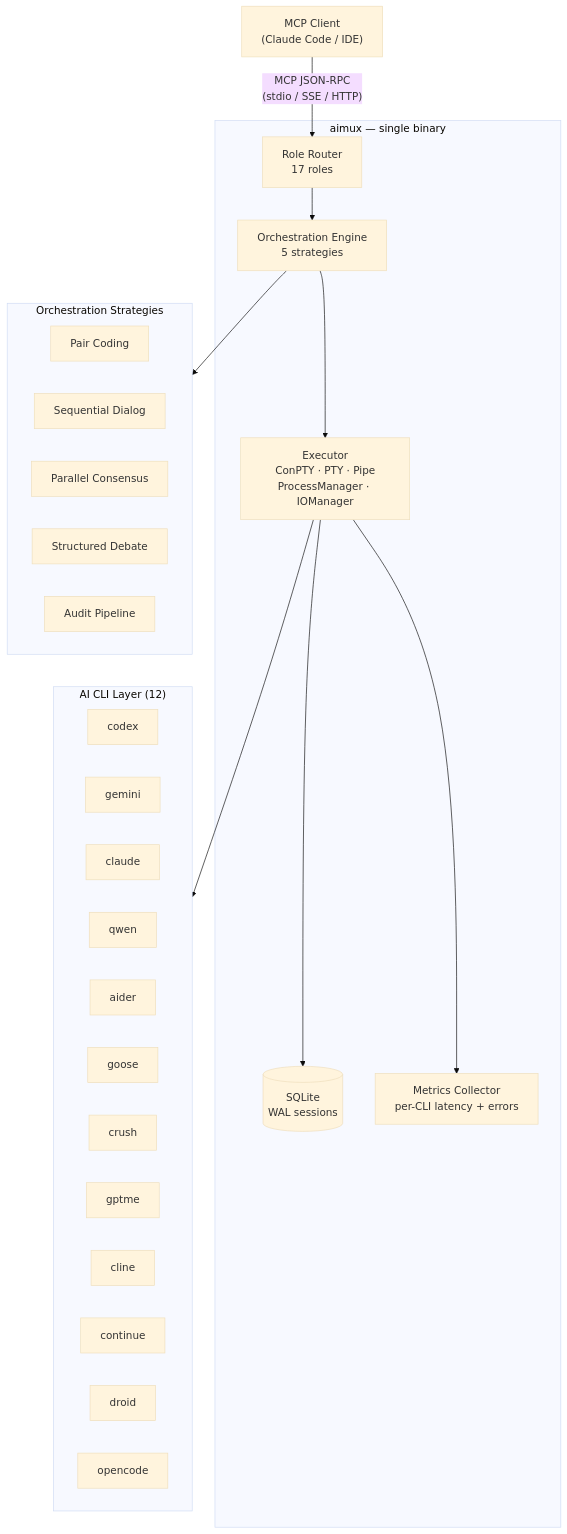
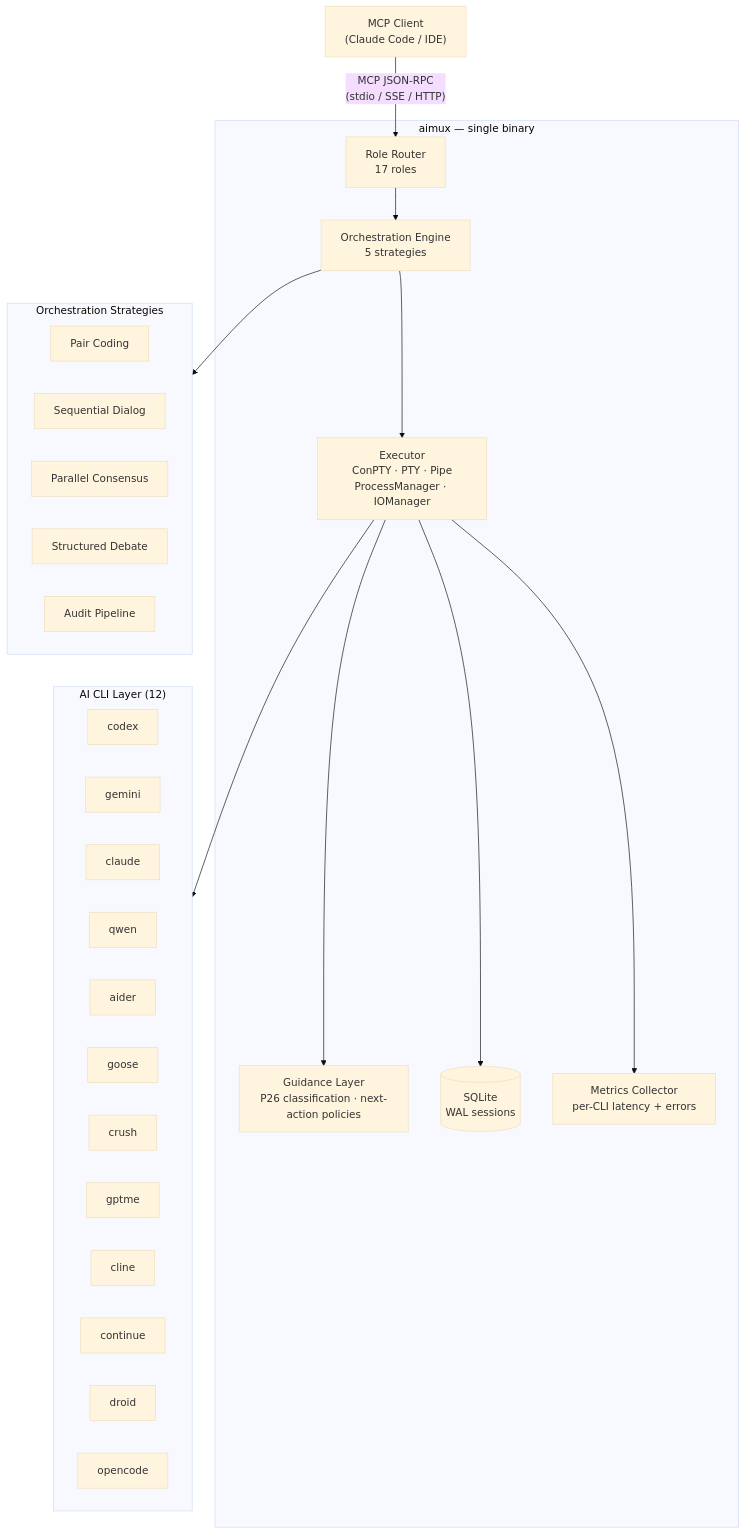
One commit to thebtf/aimux changed the diagram in README.md. Above: the diagram before and after it, drawn with Mermaid (base theme). The commit also changed other lines of this file and 1 other file, not shown here.

````diff
--- a/README.md
+++ b/README.md
@@ -32,44 +32,46 @@
 ```mermaid
 graph TD
     Client["MCP Client\n(Claude Code / IDE)"]
 
     subgraph aimux["aimux — single binary"]
         Router["Role Router\n17 roles"]
         Orchestrator["Orchestration Engine\n5 strategies"]
         Executor["Executor\nConPTY · PTY · Pipe\nProcessManager · IOManager"]
+        Guidance["Guidance Layer\nP26 classification · next-action policies"]
         DB[(SQLite\nWAL sessions)]
         Metrics["Metrics Collector\nper-CLI latency + errors"]
 
         Router --> Orchestrator
         Orchestrator --> Executor
         Executor --> DB
         Executor --> Metrics
+        Executor --> Guidance
     end
 
     subgraph Strategies["Orchestration Strategies"]
         PC[Pair Coding]
         SD[Sequential Dialog]
         PC2[Parallel Consensus]
         DB2[Structured Debate]
         AP[Audit Pipeline]
     end
 
     subgraph CLIs["AI CLI Layer (12)"]
         codex[codex]
         gemini[gemini]
         claude[claude]
         qwen[qwen]
         aider[aider]
         goose[goose]
         crush[crush]
         gptme[gptme]
         cline[cline]
         cn[continue]
         droid[droid]
         opencode[opencode]
     end
 
     Client -->|"MCP JSON-RPC\n(stdio / SSE / HTTP)"| Router
     Orchestrator --> Strategies
     Executor --> CLIs
 ```
````
